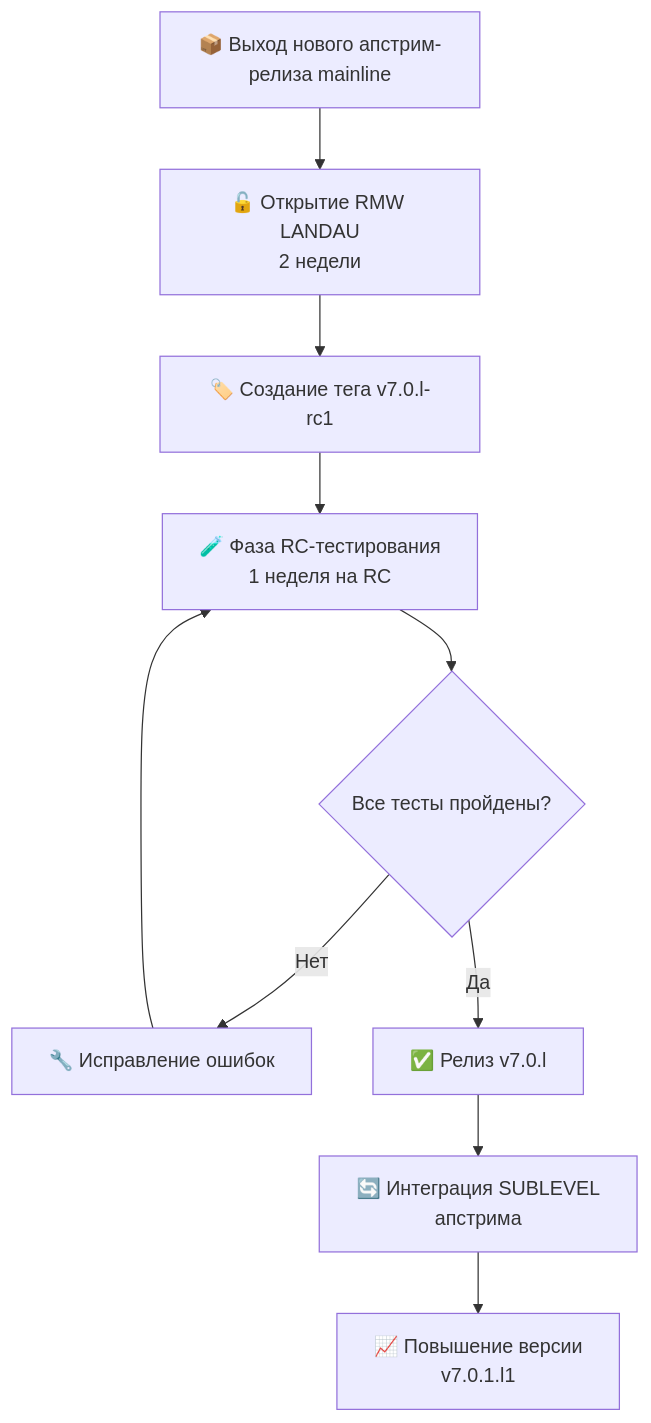
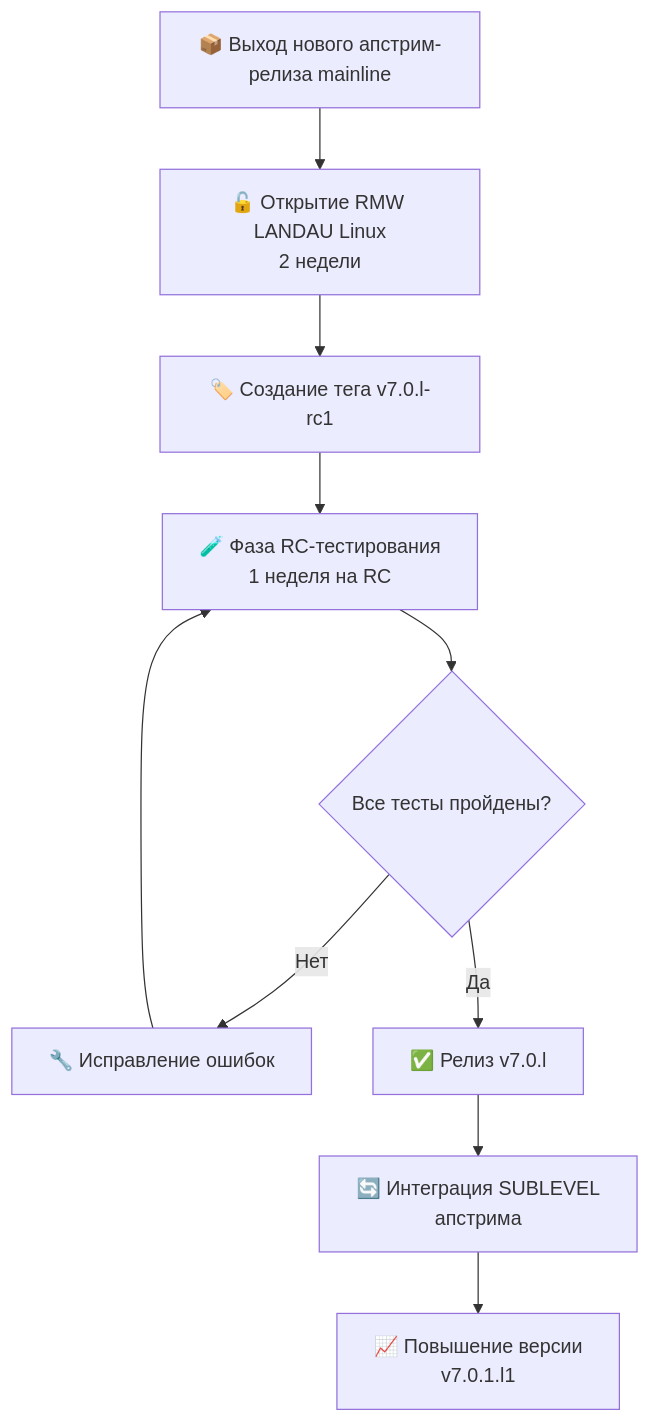
The second of 3 diagrams in landau-linux/maintenance.md (rulkc/landau), drawn with Mermaid before and after one commit. The commit also changed other lines of this file, not shown here.

First line of the commit message:
landau-linux: maintenance: Use LANDAU Linux project name

````diff
--- a/landau-linux/maintenance.md
+++ b/landau-linux/maintenance.md
@@ -122,12 +122,12 @@
 ```mermaid
 flowchart TD
-    A[📦 Выход нового апстрим-релиза mainline] --> B[🔓 Открытие RMW LANDAU<br>2 недели]
+    A[📦 Выход нового апстрим-релиза mainline] --> B[🔓 Открытие RMW LANDAU Linux<br>2 недели]
     B --> C[🏷️ Создание тега v7.0.l-rc1]
     C --> D[🧪 Фаза RC-тестирования<br>1 неделя на RC]
     D --> E{Все тесты пройдены?}
     E -->|Нет| F[🔧 Исправление ошибок]
     F --> D
     E -->|Да| G[✅ Релиз v7.0.l]
     G --> H[🔄 Интеграция SUBLEVEL<br>апстрима]
     H --> I[📈 Повышение версии<br>v7.0.1.l1]
 ```
````
